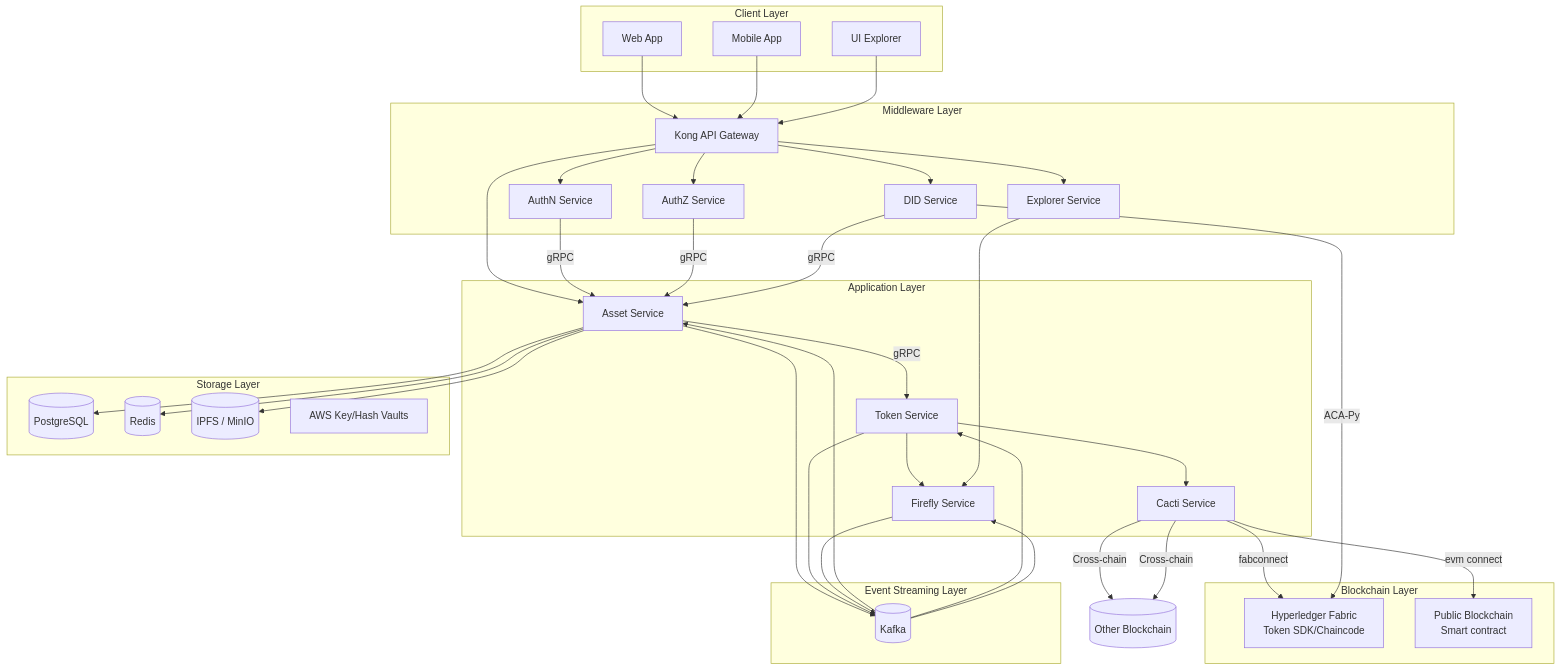
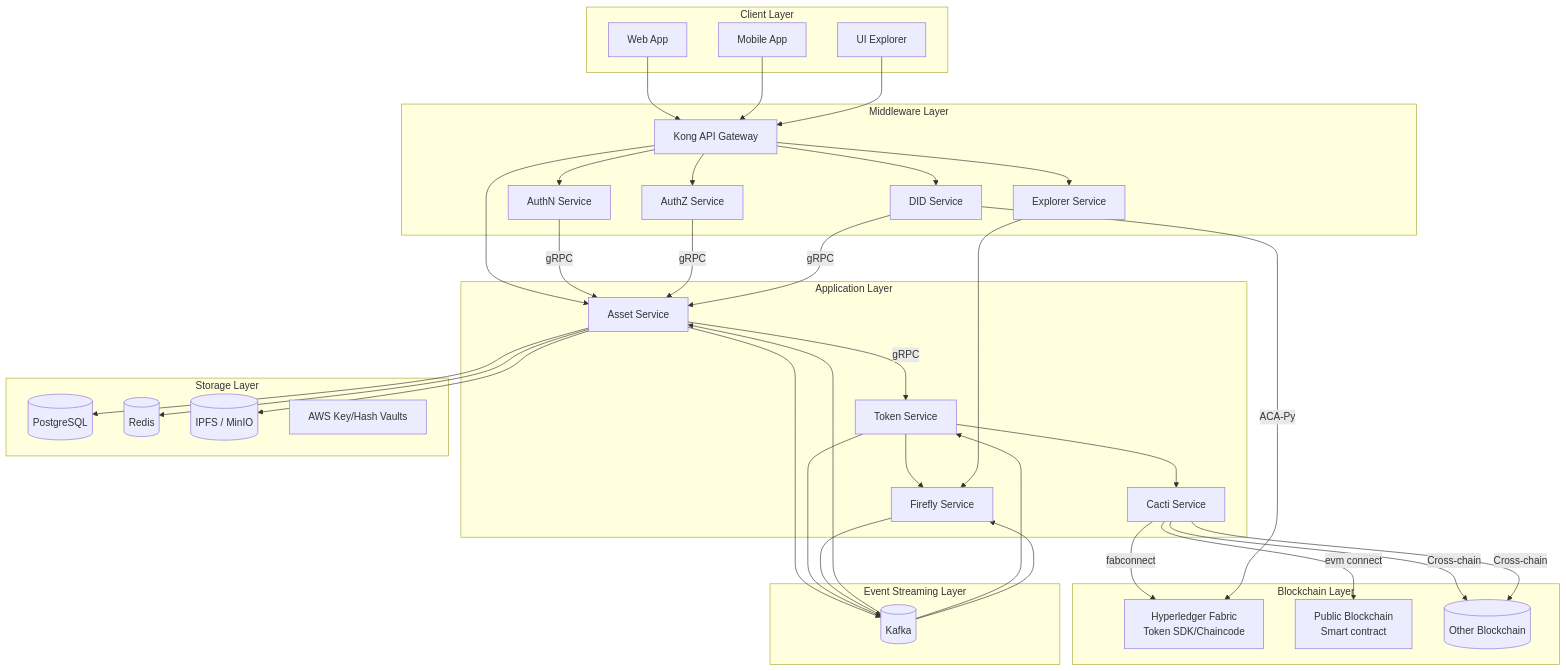
The first of 4 diagrams in docs/architecture-design.en.md (metafi-blockchain/metafi-digital-assets-service), drawn with Mermaid before and after one commit.

````diff
--- a/docs/architecture-design.en.md
+++ b/docs/architecture-design.en.md
@@ -36,77 +36,78 @@
 ```mermaid
 graph TD
     subgraph "Client Layer"
         Web[Web App]
         Mobile[Mobile App]
         Explorer[UI Explorer]
     end
 
     subgraph "Middleware Layer"
         Gateway[Kong API Gateway]
         AuthN[AuthN Service]
         AuthZ[AuthZ Service]
         DID["DID Service"]
         ExplorerService[Explorer Service]
     end
 
     subgraph "Application Layer"
         Asset[Asset Service]
         Token[Token Service]
         Firefly[Firefly Service]
         ExplorerService[Explorer Service]
         Cacti[Cacti Service]
     end
 
     subgraph "Blockchain Layer"
         Fabric["Hyperledger Fabric<br/>Token SDK/Chaincode"]
         PublicChain[Public Blockchain<br/>  Smart contract]
+        OtherBlockchain[(Other Blockchain)]
     end
 
     subgraph "Storage Layer"
         DB[(PostgreSQL)]
         Cache[(Redis)]
         Storage[(IPFS / MinIO)]
         KeyVaults[AWS Key/Hash Vaults]
     end
 
     subgraph "Event Streaming Layer"
         Kafka[(Kafka)]
     end
 
     Web --> Gateway
     Mobile --> Gateway
     Explorer --> Gateway
 
     Gateway --> AuthN
     Gateway --> AuthZ
     Gateway --> Asset
     Gateway --> DID
 
     Gateway --> ExplorerService
 
     AuthN --> |gRPC|Asset
     AuthZ -->|gRPC|Asset
     DID --> |gRPC|Asset
 
     Asset --> |gRPC|Token
     Token --> Firefly
     Token --> Cacti
     Cacti -->|fabconnect| Fabric
     Cacti -->|evm connect| PublicChain
     Cacti -->|Cross-chain| OtherBlockchain[(Other Blockchain)]
 
     Asset --> DB
     Asset --> Cache
     Asset --> Storage
     DID -->|ACA-Py| Fabric
 
     Asset --> Kafka
     Kafka --> Asset
     Token --> Kafka
     Kafka --> Token
     Firefly --> Kafka
     Kafka --> Firefly
 
     ExplorerService --> Firefly
     Cacti -->|Cross-chain| OtherBlockchain[(Other Blockchain)]
 ```
````
